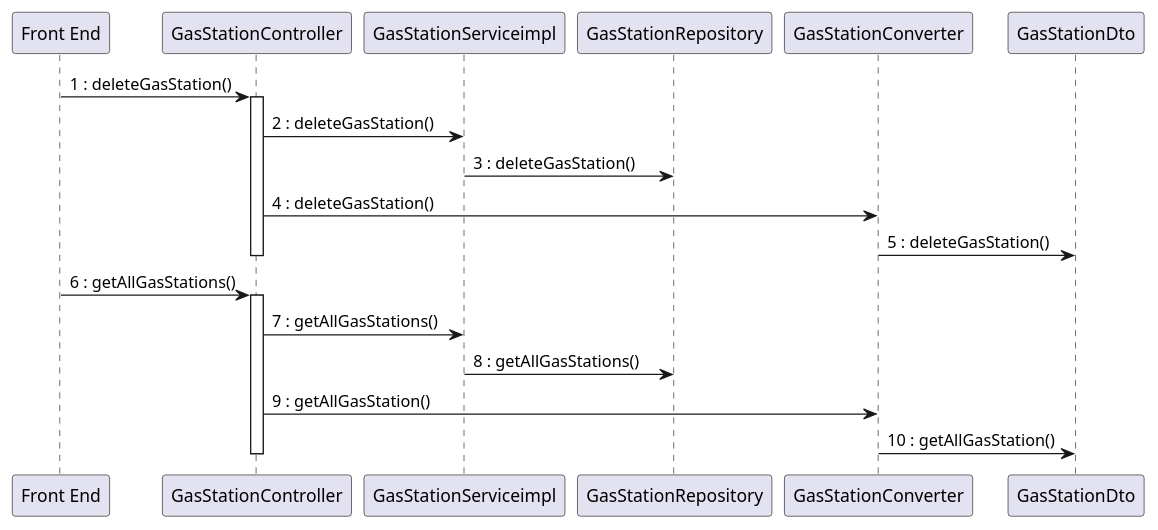
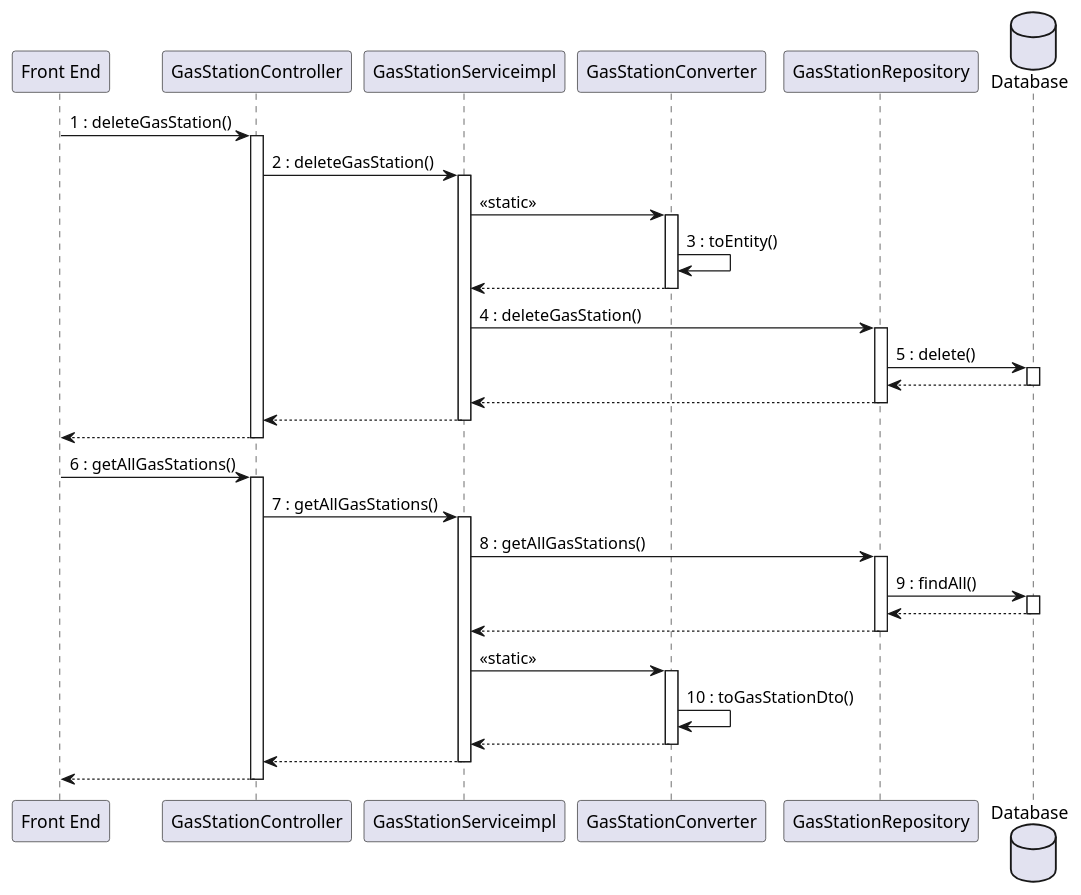
The tenth of 15 diagrams in docs/DesignDocument.md (mosTavassoli/ezgas), drawn with PlantUML before and after one commit. The commit also changed other lines of this file, not shown here.

Commit message:
docs(DesignDocument): edit sequence diagrams

````diff
--- a/docs/DesignDocument.md
+++ b/docs/DesignDocument.md
@@ -610,27 +683,36 @@
 ```plantuml
-
+database Database order 30
 "Front End" -> GasStationController:1 : deleteGasStation()
 activate GasStationController
+GasStationController -> GasStationServiceimpl:2 : deleteGasStation()
+activate GasStationServiceimpl
+GasStationServiceimpl -> GasStationConverter:<<static>>
+activate GasStationConverter
+GasStationConverter -> GasStationConverter:3 : toEntity()
+return
+GasStationServiceimpl -> GasStationRepository:4 : deleteGasStation()
+activate GasStationRepository
+GasStationRepository -> Database:5 : delete()
+activate Database
+return
+return
+return
+return
 
-GasStationController -> GasStationServiceimpl:2 : deleteGasStation()
-
-GasStationServiceimpl -> GasStationRepository:3 : deleteGasStation()
-
-GasStationController -> GasStationConverter:4 : deleteGasStation()
-
-GasStationConverter -> GasStationDto:5 : deleteGasStation()
-deactivate GasStationController
-
-"Front End" -> GasStationController :6 : getAllGasStations()
+"Front End" -> GasStationController:6 : getAllGasStations()
 activate GasStationController
-
-GasStationController -> GasStationServiceimpl :7 : getAllGasStations()
-
-GasStationServiceimpl -> GasStationRepository :8 : getAllGasStations()
-
-GasStationController -> GasStationConverter:9 : getAllGasStation()
-
-GasStationConverter -> GasStationDto:10 : getAllGasStation()
-deactivate GasStationController
-
+GasStationController -> GasStationServiceimpl:7 : getAllGasStations()
+activate GasStationServiceimpl
+GasStationServiceimpl -> GasStationRepository:8 : getAllGasStations()
+activate GasStationRepository
+GasStationRepository -> Database:9 : findAll()
+activate Database
+return
+return
+GasStationServiceimpl -> GasStationConverter:<<static>>
+activate GasStationConverter
+GasStationConverter -> GasStationConverter:10 : toGasStationDto()
+return
+return
+return
 ```
````
